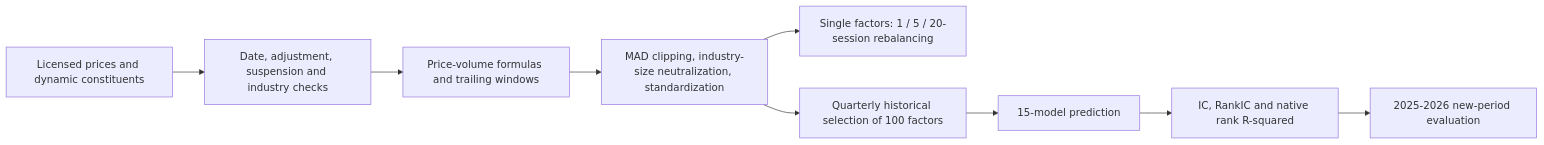
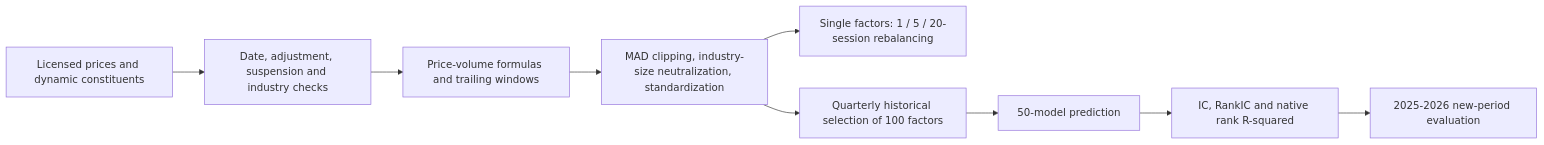
The diagram in README.md (Bowang999/csi300-csi500-price-volume-factor-research), drawn with Mermaid before and after one commit. The commit also changed other lines of this file and 20 other files, not shown here.

````diff
--- a/README.md
+++ b/README.md
@@ -81,11 +79,11 @@
 ```mermaid
 flowchart LR
  A[Licensed prices and dynamic constituents] --> B[Date, adjustment, suspension and industry checks]
  B --> C[Price-volume formulas and trailing windows]
  C --> D[MAD clipping, industry-size neutralization, standardization]
  D --> E[Single factors: 1 / 5 / 20-session rebalancing]
  D --> F[Quarterly historical selection of 100 factors]
- F --> G[15-model prediction]
+ F --> G[50-model prediction]
  G --> H[IC, RankIC and native rank R-squared]
  H --> I[2025-2026 new-period evaluation]
 ```
````
